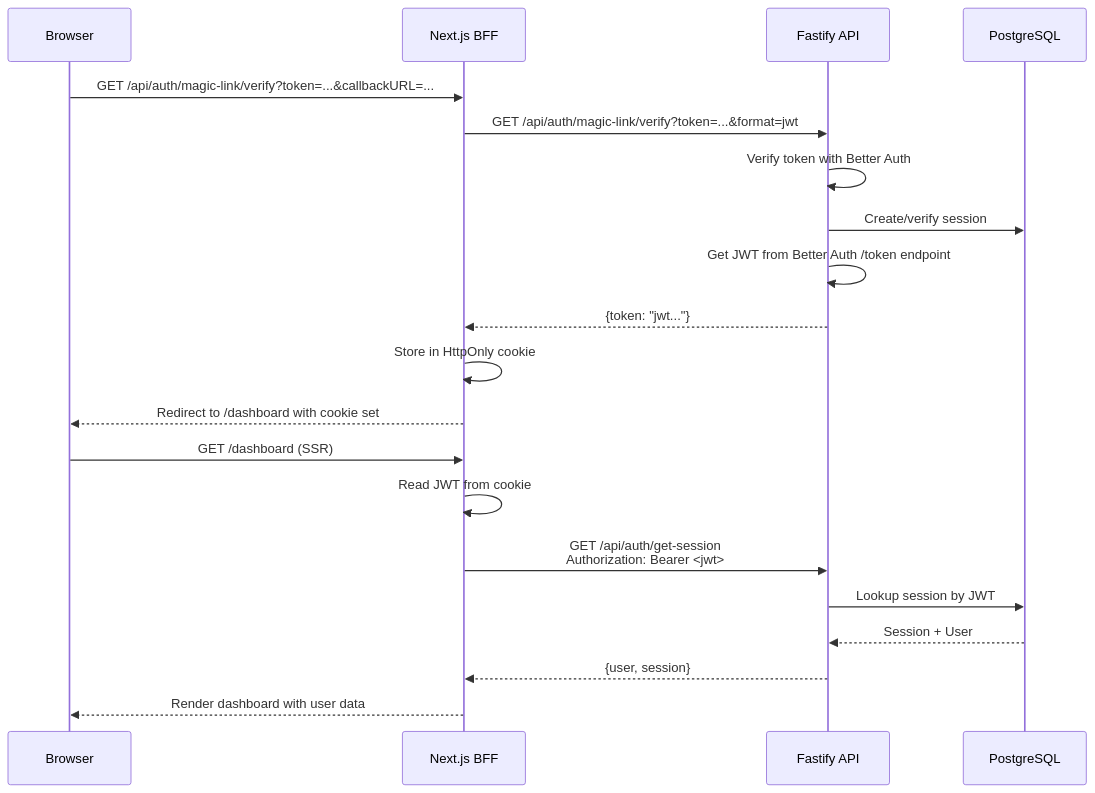
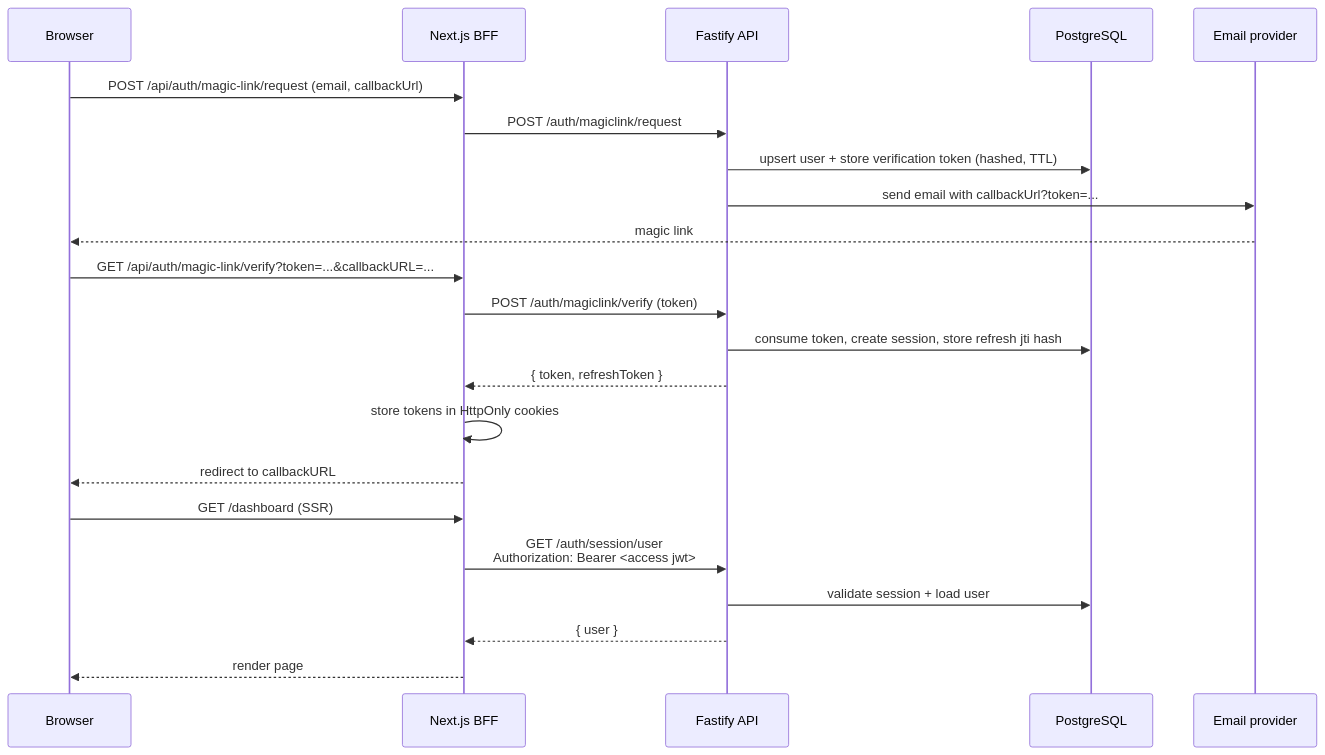
Before and after one commit to blockmatic/basilic-evm: the diagram in apps/docu/content/docs/architecture/authentication.mdx, drawn with Mermaid. The commit also changed other lines of this file and 70 other files, not shown here.

````diff
--- a/apps/docu/content/docs/architecture/authentication.mdx
+++ b/apps/docu/content/docs/architecture/authentication.mdx
@@ -244,24 +96,27 @@
 ```mermaid
 sequenceDiagram
   participant Browser
   participant NextBFF as Next.js BFF
   participant FastifyAPI as Fastify API
   participant DB as PostgreSQL
+  participant Email as Email provider
+
+  Browser->>NextBFF: POST /api/auth/magic-link/request (email, callbackUrl)
+  NextBFF->>FastifyAPI: POST /auth/magiclink/request
+  FastifyAPI->>DB: upsert user + store verification token (hashed, TTL)
+  FastifyAPI->>Email: send email with callbackUrl?token=...
+  Email-->>Browser: magic link
 
   Browser->>NextBFF: GET /api/auth/magic-link/verify?token=...&callbackURL=...
-  NextBFF->>FastifyAPI: GET /api/auth/magic-link/verify?token=...&format=jwt
-  FastifyAPI->>FastifyAPI: Verify token with Better Auth
-  FastifyAPI->>DB: Create/verify session
-  FastifyAPI->>FastifyAPI: Get JWT from Better Auth /token endpoint
-  FastifyAPI-->>NextBFF: {token: "jwt..."}
-  NextBFF->>NextBFF: Store in HttpOnly cookie
-  NextBFF-->>Browser: Redirect to /dashboard with cookie set
-  
+  NextBFF->>FastifyAPI: POST /auth/magiclink/verify (token)
+  FastifyAPI->>DB: consume token, create session, store refresh jti hash
+  FastifyAPI-->>NextBFF: { token, refreshToken }
+  NextBFF->>NextBFF: store tokens in HttpOnly cookies
+  NextBFF-->>Browser: redirect to callbackURL
+
   Browser->>NextBFF: GET /dashboard (SSR)
-  NextBFF->>NextBFF: Read JWT from cookie
-  NextBFF->>FastifyAPI: GET /api/auth/get-session<br/>Authorization: Bearer <jwt>
-  FastifyAPI->>DB: Lookup session by JWT
-  DB-->>FastifyAPI: Session + User
-  FastifyAPI-->>NextBFF: {user, session}
-  NextBFF-->>Browser: Render dashboard with user data
+  NextBFF->>FastifyAPI: GET /auth/session/user<br/>Authorization: Bearer <access jwt>
+  FastifyAPI->>DB: validate session + load user
+  FastifyAPI-->>NextBFF: { user }
+  NextBFF-->>Browser: render page
 ```
````
